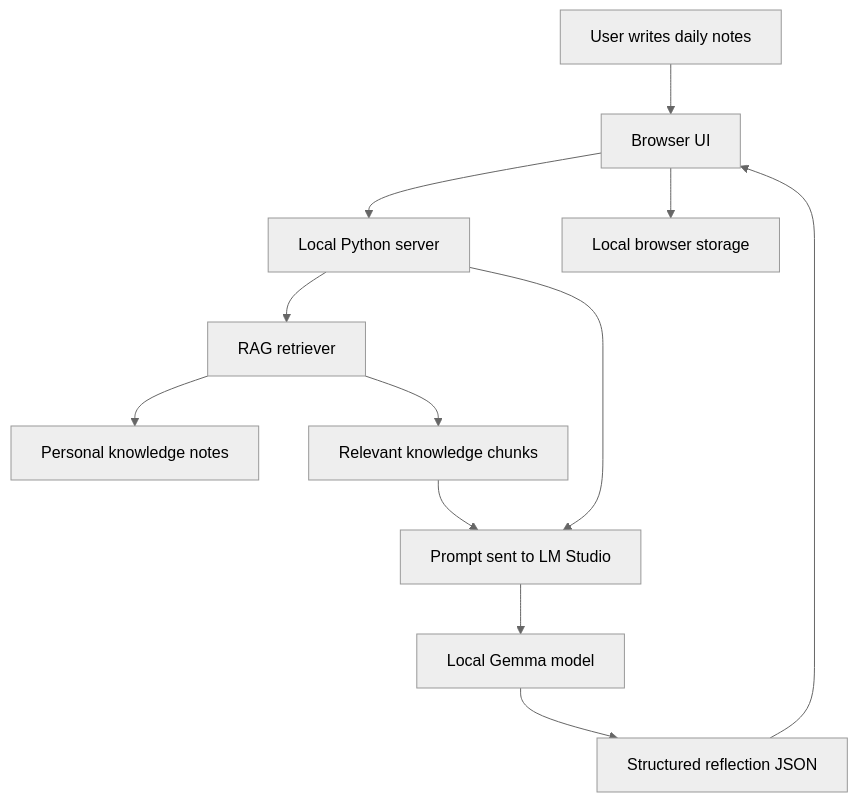
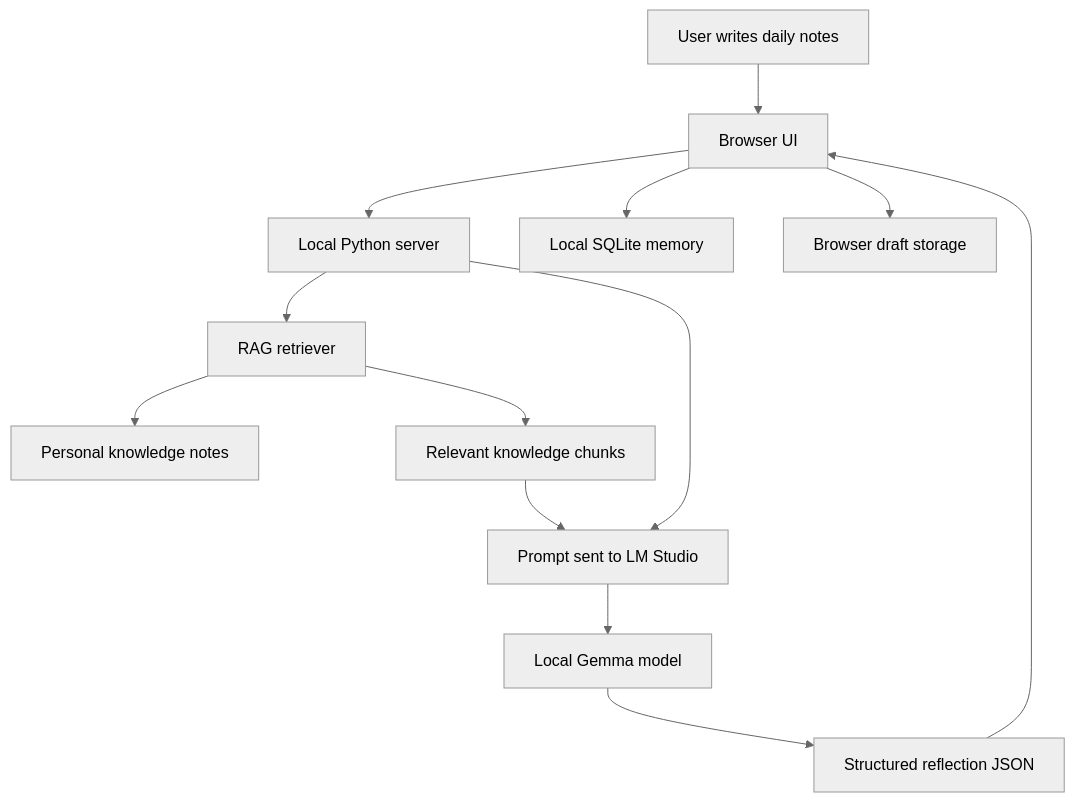
One commit to shanmukh9/AI-library changed the first of 3 diagrams in Agents/daily-reflection-agent/README.md. Above: the diagram before and after it, drawn with Mermaid (neutral theme). The commit also changed other lines of this file and 6 other files, not shown here.

First line of the commit message:
Harden local reflection agent and improve daily habit flow

````diff
--- a/Agents/daily-reflection-agent/README.md
+++ b/Agents/daily-reflection-agent/README.md
@@ -34,14 +37,15 @@
 ```mermaid
 flowchart TD
     A["User writes daily notes"] --> B["Browser UI"]
     B --> C["Local Python server"]
     C --> D["RAG retriever"]
     D --> E["Personal knowledge notes"]
     D --> F["Relevant knowledge chunks"]
     F --> G["Prompt sent to LM Studio"]
     C --> G
     G --> H["Local Gemma model"]
     H --> I["Structured reflection JSON"]
     I --> B
-    B --> J["Local browser storage"]
+    B --> J["Local SQLite memory"]
+    B --> K["Browser draft storage"]
 ```
````
